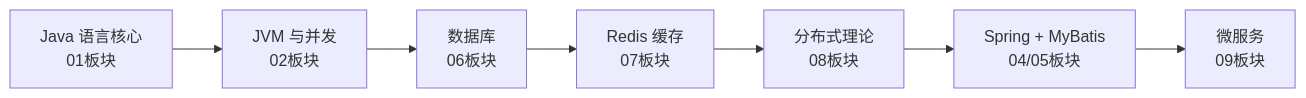
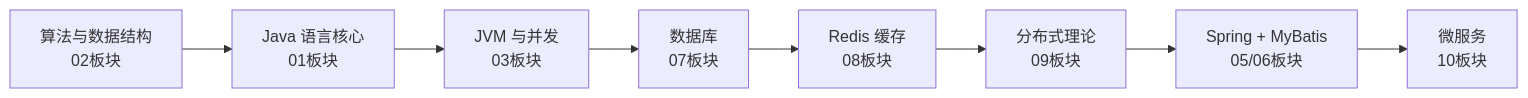
One commit to cosolar/java-deep-dive changed the diagram in docs/00-开始阅读/03-学习路线与阅读建议.md. Above: the diagram before and after it, drawn with Mermaid. The commit also changed other lines of this file and 307 other files, not shown here.

First line of the commit message:
feat: expand interview question bank and fix mermaid

````diff
--- a/docs/00-开始阅读/03-学习路线与阅读建议.md
+++ b/docs/00-开始阅读/03-学习路线与阅读建议.md
@@ -24,9 +25,10 @@
 ```mermaid
 flowchart LR
-    A["Java 语言核心<br/>01板块"] --> B["JVM 与并发<br/>02板块"]
-    B --> C["数据库<br/>06板块"]
-    C --> D["Redis 缓存<br/>07板块"]
-    D --> E["分布式理论<br/>08板块"]
-    E --> F["Spring + MyBatis<br/>04/05板块"]
-    F --> G["微服务<br/>09板块"]
+    A["算法与数据结构<br/>02板块"] --> B["Java 语言核心<br/>01板块"]
+    B --> C["JVM 与并发<br/>03板块"]
+    C --> D["数据库<br/>07板块"]
+    D --> E["Redis 缓存<br/>08板块"]
+    E --> F["分布式理论<br/>09板块"]
+    F --> G["Spring + MyBatis<br/>05/06板块"]
+    G --> H["微服务<br/>10板块"]
 ```
````
